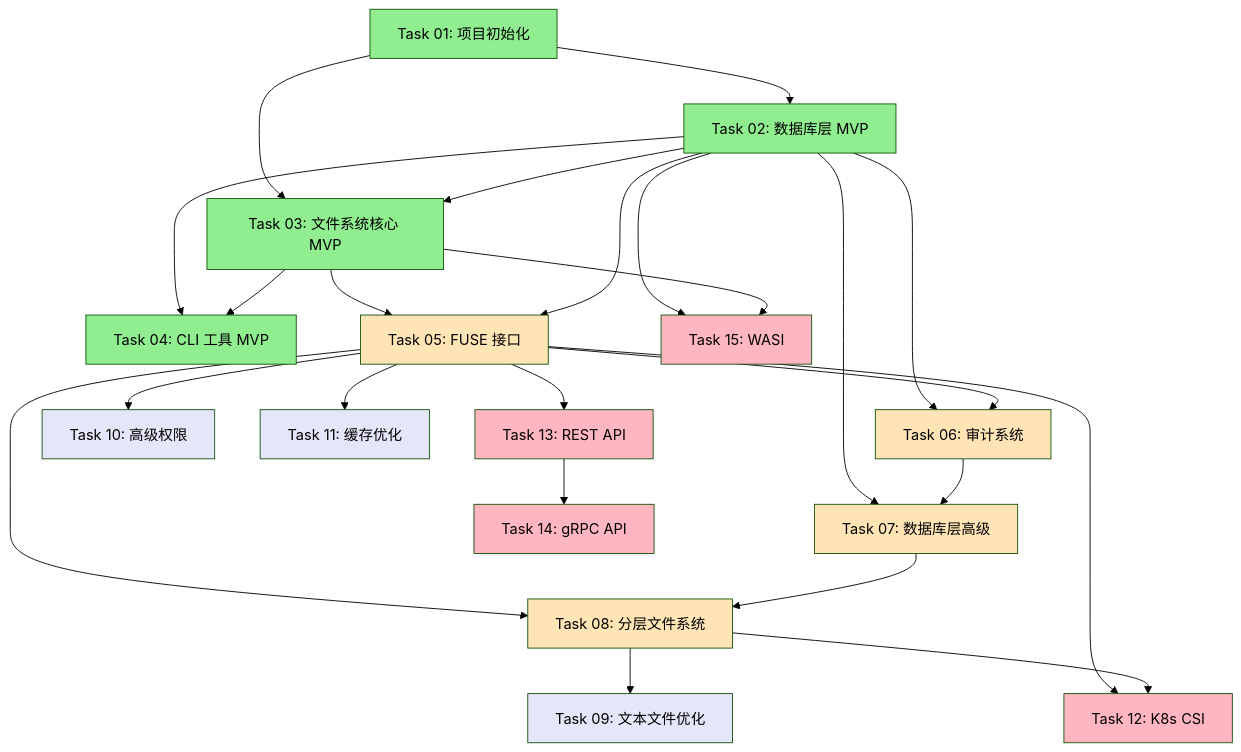
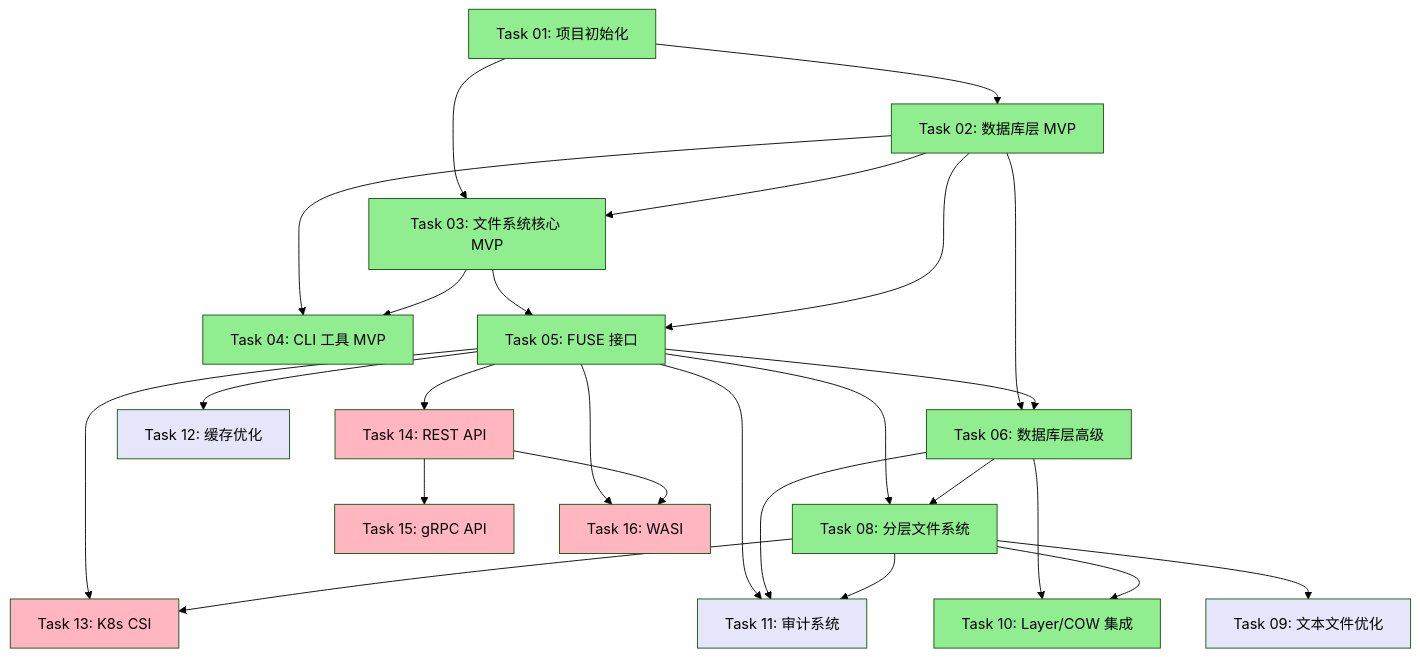
The diagram in task/README.md (VikingMew/tarbox), drawn with Mermaid (forest theme) before and after one commit. The commit also changed other lines of this file and 14 other files, not shown here.

````diff
--- a/task/README.md
+++ b/task/README.md
@@ -245,50 +265,53 @@
 ```mermaid
 graph TD
     T01[Task 01: 项目初始化] --> T02[Task 02: 数据库层 MVP]
     T01 --> T03[Task 03: 文件系统核心 MVP]
     T02 --> T03
     T02 --> T04[Task 04: CLI 工具 MVP]
     T03 --> T04
     
     T03 --> T05[Task 05: FUSE 接口]
     T02 --> T05
     
-    T02 --> T06[Task 06: 审计系统]
+    T02 --> T06[Task 06: 数据库层高级]
     T05 --> T06
     
-    T02 --> T07[Task 07: 数据库层高级]
-    T06 --> T07
-    
     T05 --> T08[Task 08: 分层文件系统]
-    T07 --> T08
+    T06 --> T08
     
     T08 --> T09[Task 09: 文本文件优化]
     
-    T05 --> T10[Task 10: 高级权限]
-    T05 --> T11[Task 11: 缓存优化]
+    T06 --> T10[Task 10: Layer/COW 集成]
+    T08 --> T10
     
-    T05 --> T12[Task 12: K8s CSI]
-    T08 --> T12
+    T05 --> T11[Task 11: 审计系统]
+    T06 --> T11
+    T08 --> T11
     
-    T05 --> T13[Task 13: REST API]
-    T13 --> T14[Task 14: gRPC API]
+    T05 --> T12[Task 12: 缓存优化]
     
-    T02 --> T15[Task 15: WASI]
-    T03 --> T15
+    T05 --> T13[Task 13: K8s CSI]
+    T08 --> T13
+    
+    T05 --> T14[Task 14: REST API]
+    T14 --> T15[Task 15: gRPC API]
+    
+    T05 --> T16[Task 16: WASI]
+    T14 --> T16
     
     style T01 fill:#90EE90
     style T02 fill:#90EE90
     style T03 fill:#90EE90
     style T04 fill:#90EE90
-    style T05 fill:#FFE4B5
-    style T06 fill:#FFE4B5
-    style T07 fill:#FFE4B5
-    style T08 fill:#FFE4B5
+    style T05 fill:#90EE90
+    style T06 fill:#90EE90
+    style T08 fill:#90EE90
     style T09 fill:#E6E6FA
-    style T10 fill:#E6E6FA
+    style T10 fill:#90EE90
     style T11 fill:#E6E6FA
-    style T12 fill:#FFB6C1
+    style T12 fill:#E6E6FA
     style T13 fill:#FFB6C1
     style T14 fill:#FFB6C1
     style T15 fill:#FFB6C1
+    style T16 fill:#FFB6C1
 ```
````
